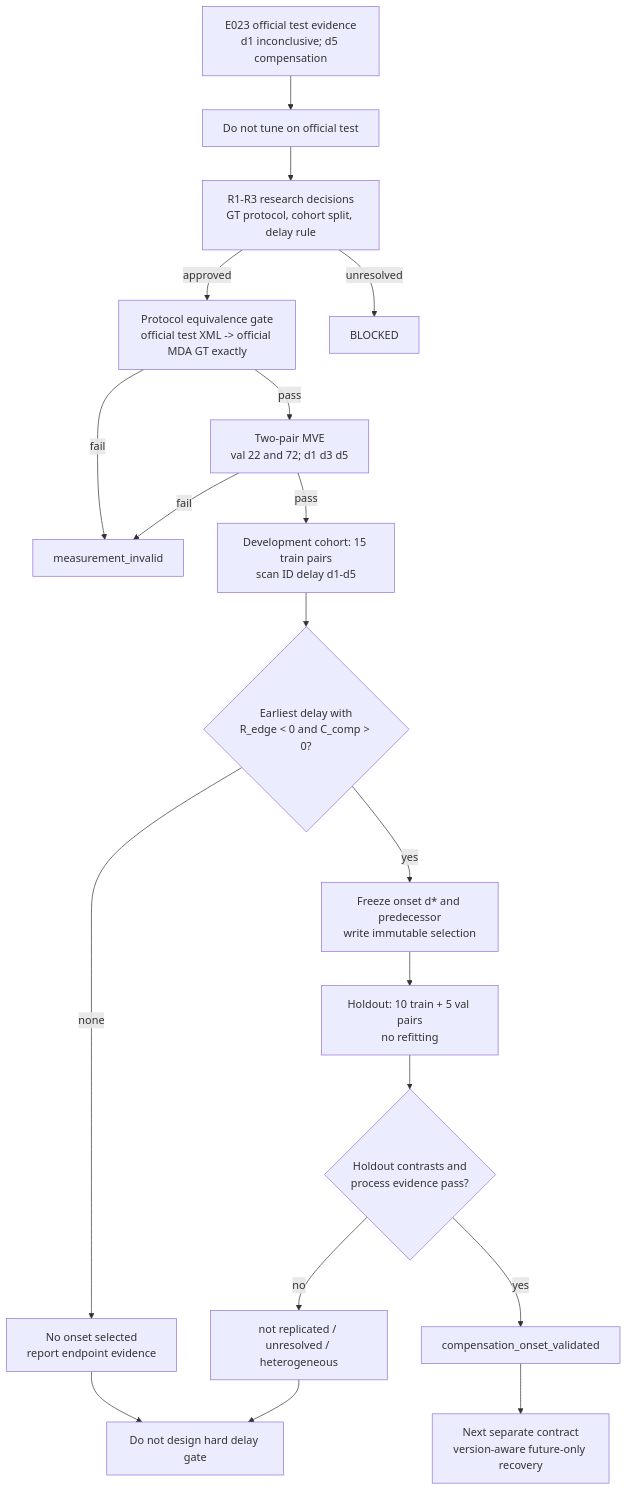
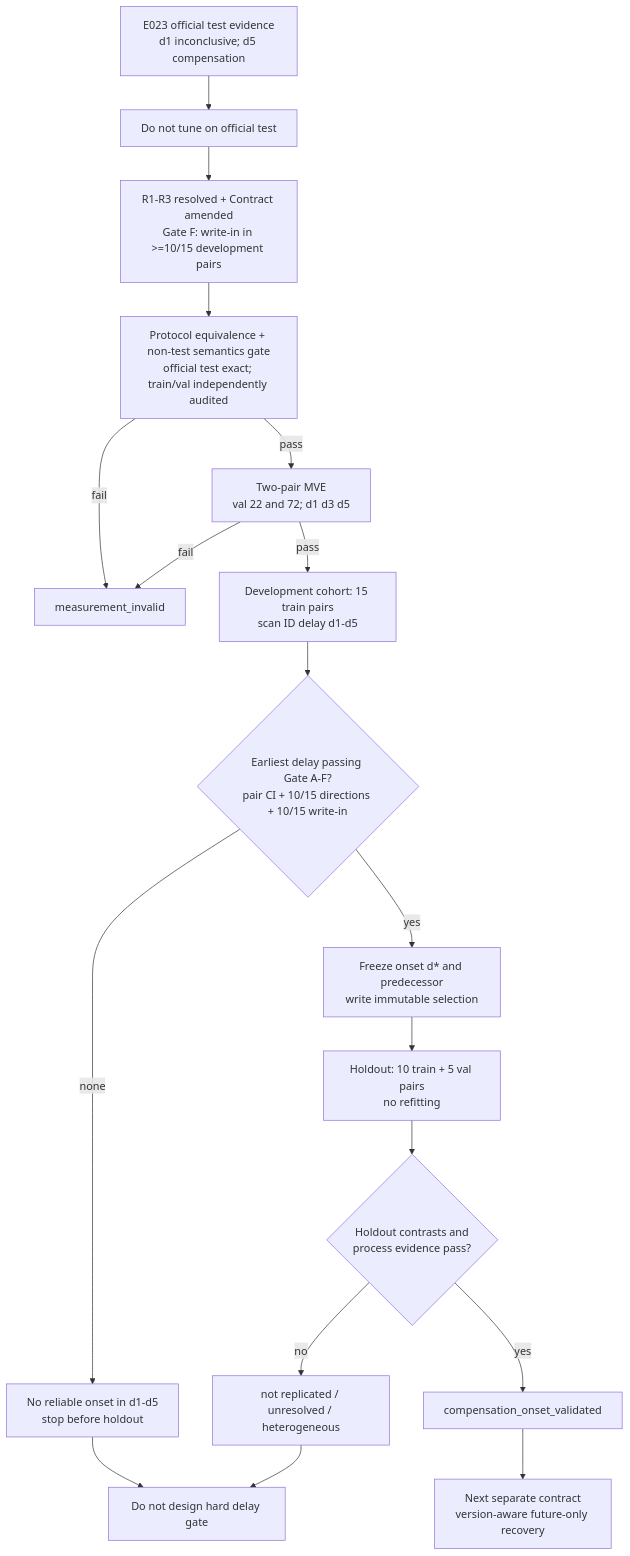
The diagram in mermaid/exp_20260817_001_mdmt_mia_candidate_compensation_onset_validation/onset_validation_flow.mmd (Judecoodingspace/matrix_async_comm_tracking), drawn with Mermaid before and after one commit. The commit also changed other lines of this file and 10 other files, not shown here.

Commit message:
Freeze 20260817 onset validation decisions

```diff
--- a/mermaid/exp_20260817_001_mdmt_mia_candidate_compensation_onset_validation/onset_validation_flow.mmd
+++ b/mermaid/exp_20260817_001_mdmt_mia_candidate_compensation_onset_validation/onset_validation_flow.mmd
@@ -1,19 +1,18 @@
 flowchart TD
     A["E023 official test evidence<br/>d1 inconclusive; d5 compensation"] --> B["Do not tune on official test"]
-    B --> R["R1-R3 research decisions<br/>GT protocol, cohort split, delay rule"]
-    R -->|approved| C["Protocol equivalence gate<br/>official test XML -> official MDA GT exactly"]
-    R -->|unresolved| X["BLOCKED"]
+    B --> R["R1-R3 resolved + Contract amended<br/>Gate F: write-in in >=10/15 development pairs"]
+    R --> C["Protocol equivalence + non-test semantics gate<br/>official test exact; train/val independently audited"]
     C -->|fail| M["measurement_invalid"]
     C -->|pass| D["Two-pair MVE<br/>val 22 and 72; d1 d3 d5"]
     D -->|fail| M
     D -->|pass| E["Development cohort: 15 train pairs<br/>scan ID delay d1-d5"]
-    E --> F{"Earliest delay with<br/>R_edge < 0 and C_comp > 0?"}
-    F -->|none| G["No onset selected<br/>report endpoint evidence"]
+    E --> F{"Earliest delay passing Gate A-F?<br/>pair CI + 10/15 directions + 10/15 write-in"}
+    F -->|none| G["No reliable onset in d1-d5<br/>stop before holdout"]
     F -->|yes| H["Freeze onset d* and predecessor<br/>write immutable selection"]
     H --> I["Holdout: 10 train + 5 val pairs<br/>no refitting"]
     I --> J{"Holdout contrasts and<br/>process evidence pass?"}
     J -->|yes| K["compensation_onset_validated"]
     J -->|no| L["not replicated / unresolved / heterogeneous"]
     K --> N["Next separate contract<br/>version-aware future-only recovery"]
     G --> O["Do not design hard delay gate"]
     L --> O
```
